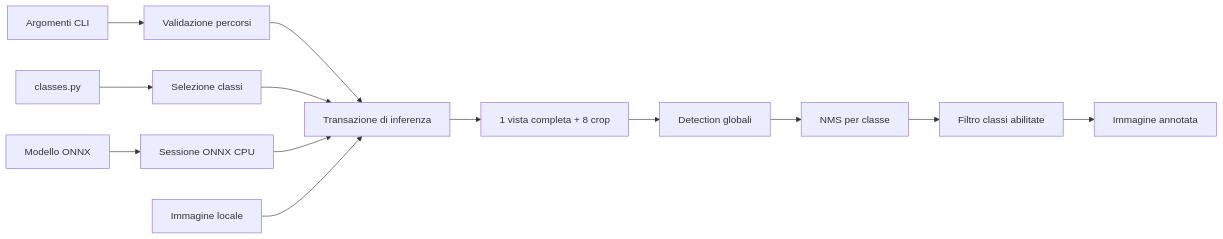
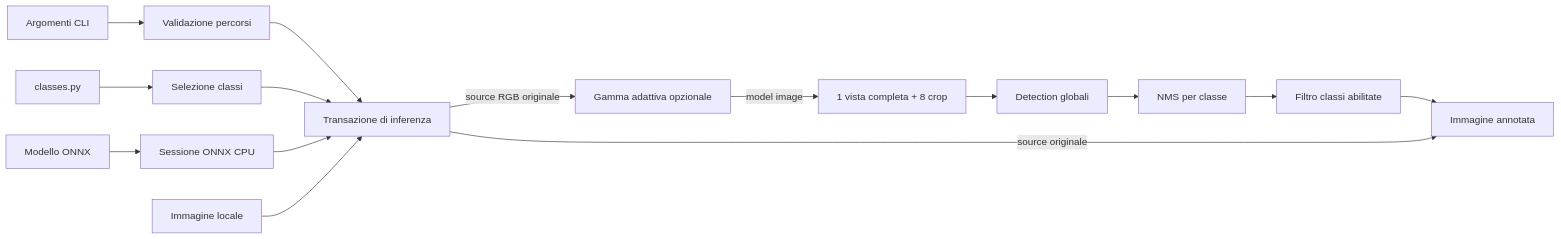
The first of 2 diagrams in docs/architettura.md (e-tufarini-terrasystem/phenocam-vision-edge), drawn with Mermaid before and after one commit. The commit also changed other lines of this file and 4 other files, not shown here.

````diff
--- a/docs/architettura.md
+++ b/docs/architettura.md
@@ -16,15 +16,17 @@
 ```mermaid
 flowchart LR
     CLI[Argomenti CLI] --> Validazione[Validazione percorsi]
     Config[classes.py] --> Selezione[Selezione classi]
     Modello[Modello ONNX] --> Sessione[Sessione ONNX CPU]
     Validazione --> Coordinamento[Transazione di inferenza]
     Selezione --> Coordinamento
     Sessione --> Coordinamento
     Immagine[Immagine locale] --> Coordinamento
-    Coordinamento --> Viste[1 vista completa + 8 crop]
+    Coordinamento -->|source RGB originale| Gamma[Gamma adattiva opzionale]
+    Gamma -->|model image| Viste[1 vista completa + 8 crop]
     Viste --> Detection[Detection globali]
     Detection --> NMS[NMS per classe]
     NMS --> Filtro[Filtro classi abilitate]
     Filtro --> Output[Immagine annotata]
+    Coordinamento -->|source originale| Output
 ```
````
